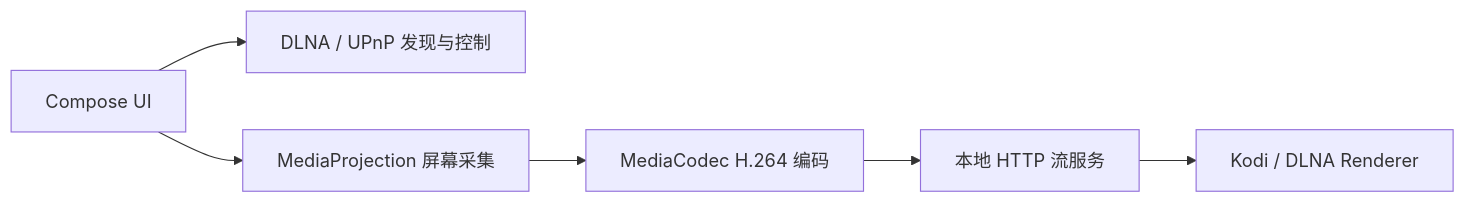
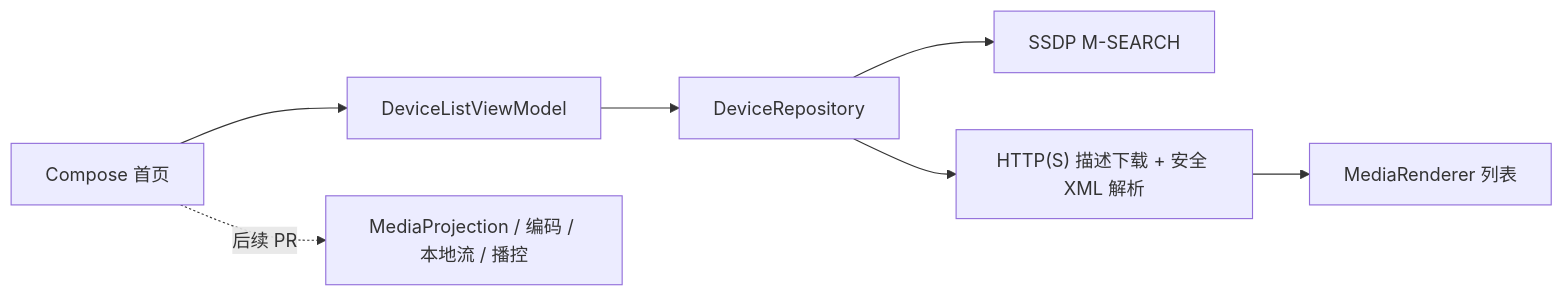
Before and after one commit to QieRong/DLNAScreenCastDemo: the diagram in README.md, drawn with Mermaid. The commit also changed other lines of this file and 37 other files, not shown here.

Commit message:
feat(dlna): add SSDP renderer discovery

````diff
--- a/README.md
+++ b/README.md
@@ -21,8 +21,9 @@
 ```mermaid
 flowchart LR
-    UI["Compose UI"] --> DISCOVERY["DLNA / UPnP 发现与控制"]
-    UI --> CAPTURE["MediaProjection 屏幕采集"]
-    CAPTURE --> ENCODER["MediaCodec H.264 编码"]
-    ENCODER --> STREAM["本地 HTTP 流服务"]
-    STREAM --> RENDERER["Kodi / DLNA Renderer"]
+    UI["Compose 首页"] --> VIEWMODEL["DeviceListViewModel"]
+    VIEWMODEL --> REPOSITORY["DeviceRepository"]
+    REPOSITORY --> SSDP["SSDP M-SEARCH"]
+    REPOSITORY --> DESCRIPTION["HTTP(S) 描述下载 + 安全 XML 解析"]
+    DESCRIPTION --> RENDERER["MediaRenderer 列表"]
+    UI -. 后续 PR .-> CAPTURE["MediaProjection / 编码 / 本地流 / 播控"]
 ```
````
